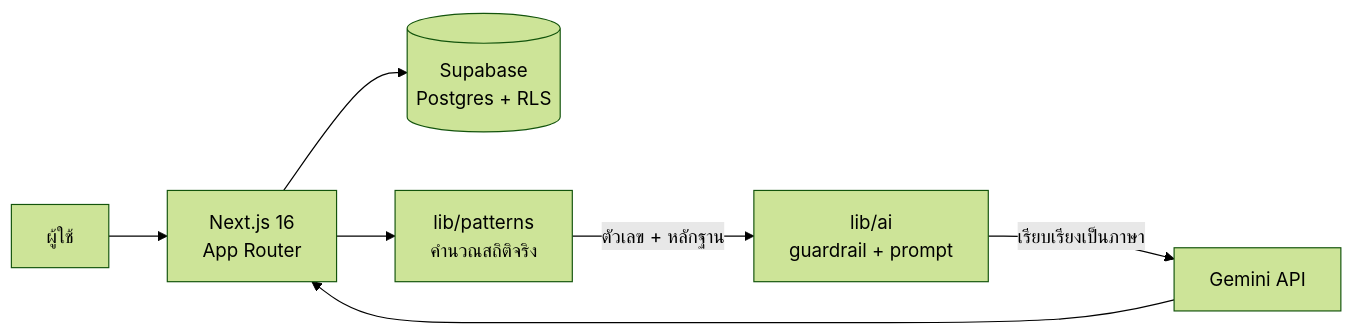
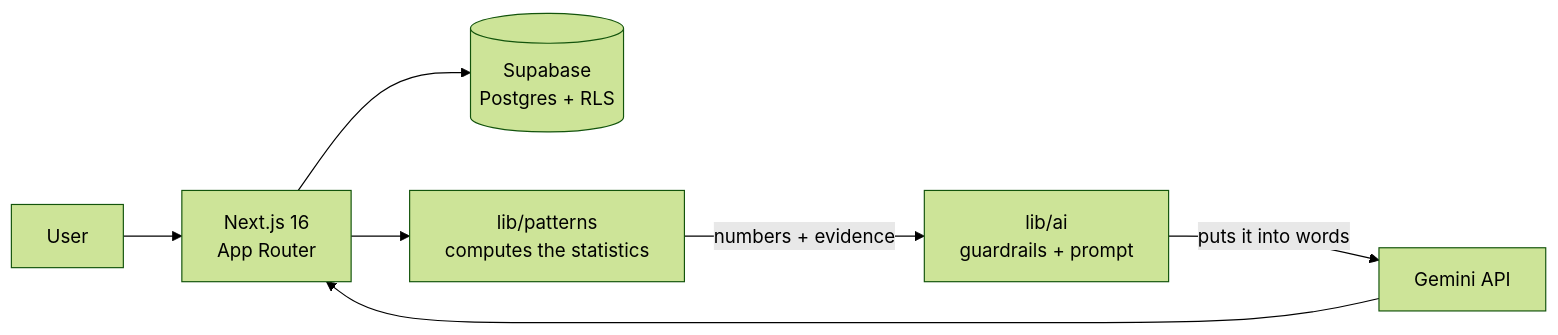
Before and after one commit to nkieu-config/cadence-ai-health-coach: the diagram in README.md, drawn with Mermaid (forest theme). The commit also changed other lines of this file and 4 other files, not shown here.

````diff
--- a/README.md
+++ b/README.md
@@ -66,9 +72,9 @@
 ```mermaid
 flowchart LR
-  U["ผู้ใช้"] --> APP["Next.js 16<br/>App Router"]
+  U["User"] --> APP["Next.js 16<br/>App Router"]
   APP --> DB[("Supabase<br/>Postgres + RLS")]
-  APP --> P["lib/patterns<br/>คำนวณสถิติจริง"]
-  P -- "ตัวเลข + หลักฐาน" --> AI["lib/ai<br/>guardrail + prompt"]
-  AI -- "เรียบเรียงเป็นภาษา" --> G["Gemini API"]
+  APP --> P["lib/patterns<br/>computes the statistics"]
+  P -- "numbers + evidence" --> AI["lib/ai<br/>guardrails + prompt"]
+  AI -- "puts it into words" --> G["Gemini API"]
   G --> APP
 ```
````
